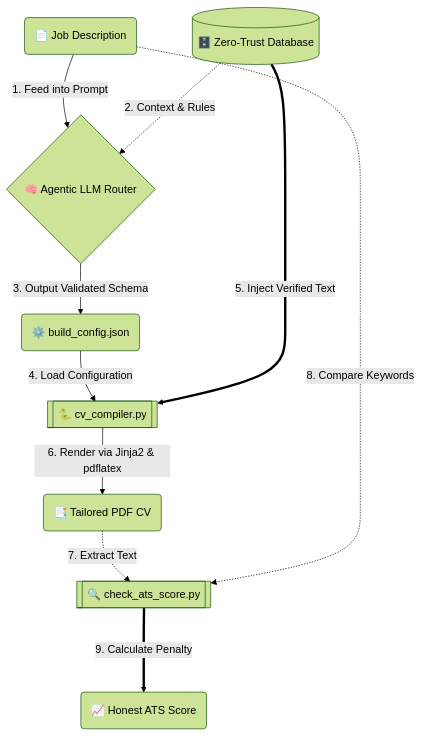
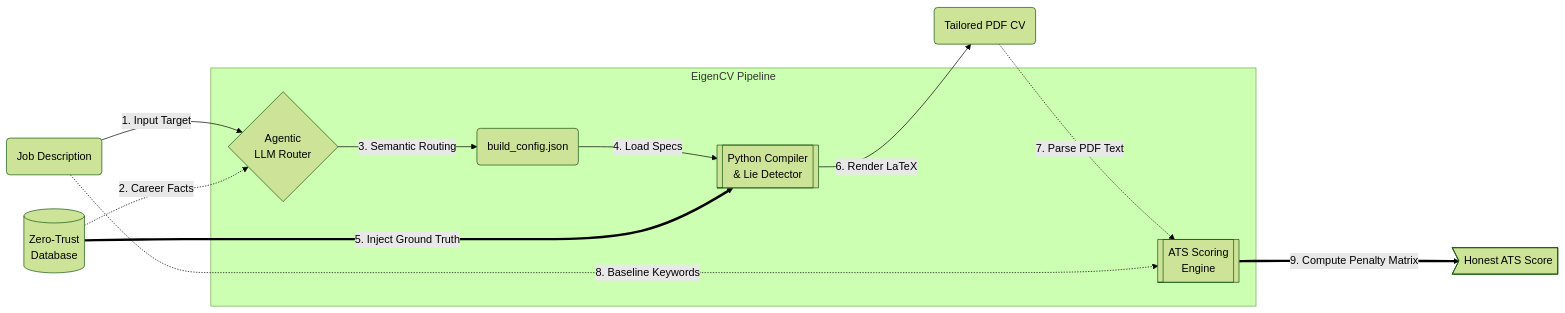
One commit to Gotili/EigenCV changed the diagram in README.md. Above: the diagram before and after it, drawn with Mermaid (forest theme). The commit also changed other lines of this file, not shown here.

Commit message:
update the graph again

````diff
--- a/README.md
+++ b/README.md
@@ -86,26 +87,32 @@
 ```mermaid
-flowchart TD
-    %% Nodes
-    JD(📄 Job Description)
-    DB[(🗄️ Zero-Trust Database)]
-    LLM{🧠 Agentic LLM Router}
-    Config(⚙️ build_config.json)
-    Compiler[[🐍 cv_compiler.py]]
-    PDF(📑 Tailored PDF CV)
-    ATS[[🔍 check_ats_score.py]]
-    Score(📈 Honest ATS Score)
+flowchart LR
+    %% Inputs
+    JD(Job Description)
+    DB[(Zero-Trust\nDatabase)]
+    
+    %% Engine
+    subgraph "EigenCV Pipeline"
+        Router{Agentic\nLLM Router}
+        Config(build_config.json)
+        Compiler[[Python Compiler\n& Lie Detector]]
+        ATS[[ATS Scoring\nEngine]]
+    end
 
-    %% Logical Flow
-    JD -->|1. Feed into Prompt| LLM
-    DB -.->|2. Context & Rules| LLM
-    LLM -->|3. Output Validated Schema| Config
+    %% Outputs
+    PDF(Tailored PDF CV)
+    Score>Honest ATS Score]
+
+    %% Connections
+    JD -->|"1. Input Target"| Router
+    DB -.->|"2. Career Facts"| Router
     
-    Config -->|4. Load Configuration| Compiler
-    DB ===>|5. Inject Verified Text| Compiler
+    Router -->|"3. Semantic Routing"| Config
+    Config -->|"4. Load Specs"| Compiler
+    DB ===>|"5. Inject Ground Truth"| Compiler
     
-    Compiler -->|6. Render via Jinja2 & pdflatex| PDF
+    Compiler -->|"6. Render LaTeX"| PDF
     
-    PDF -.->|7. Extract Text| ATS
-    JD -.->|8. Compare Keywords| ATS
-    ATS ===>|9. Calculate Penalty| Score
+    PDF -.->|"7. Parse PDF Text"| ATS
+    JD -.->|"8. Baseline Keywords"| ATS
+    ATS ===>|"9. Compute Penalty Matrix"| Score
 ```
````
